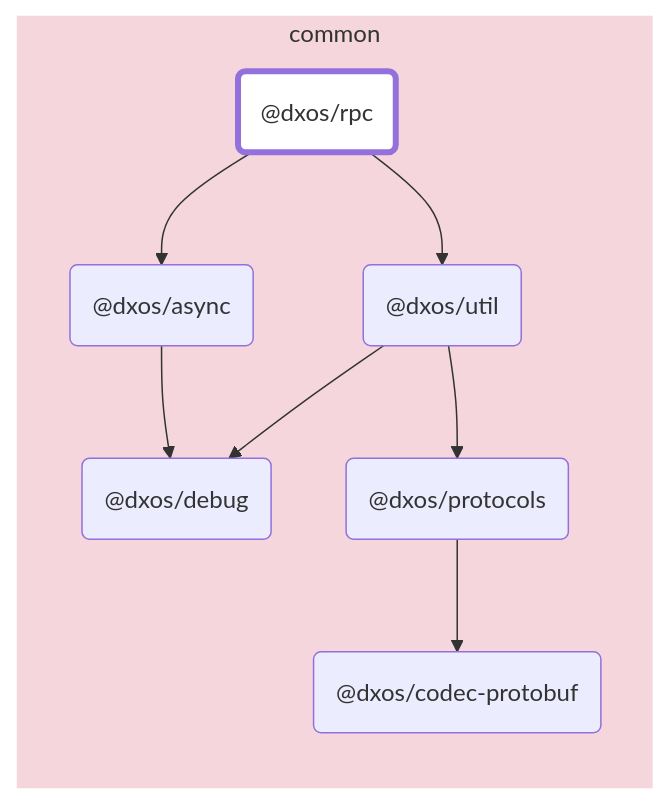
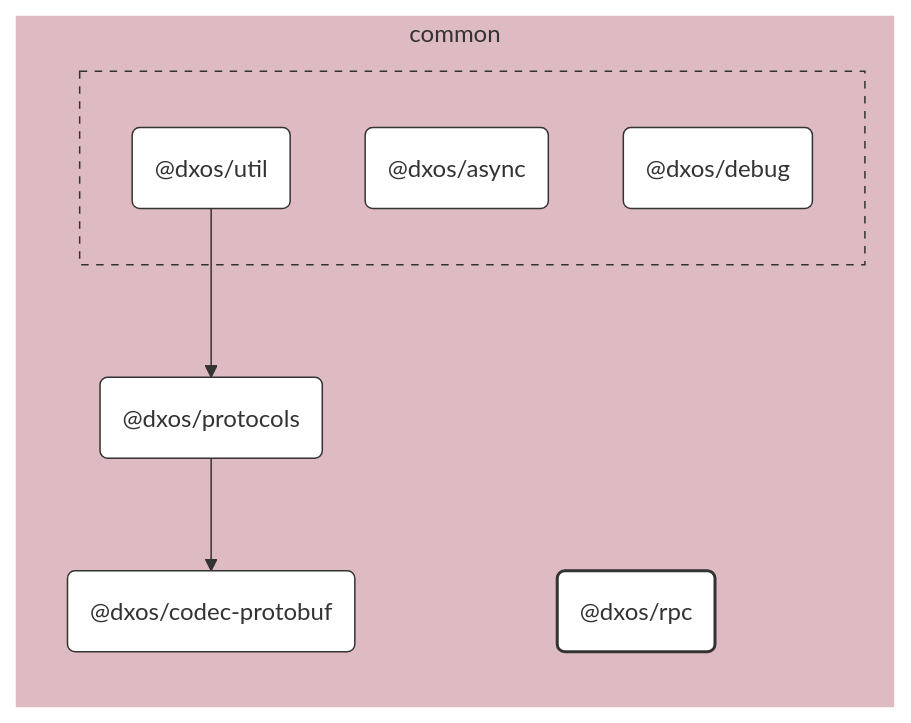
Before and after one commit to dxos/dxos: the diagram in packages/common/rpc/docs/README.md, drawn with Mermaid. The commit also changed 100 other files, not shown here.

````diff
--- a/packages/common/rpc/docs/README.md
+++ b/packages/common/rpc/docs/README.md
@@ -7,28 +7,47 @@
 ```mermaid
-flowchart LR;
+%%{ init: {'flowchart':{'curve':'basis'}} }%%
 
-style dxos/rpc fill:#fff,stroke-width:4px;
+flowchart LR
 
-click dxos/async "https:/github.com/dxos/dxos/tree/main/packages/common/async/docs";
-click dxos/debug "https:/github.com/dxos/dxos/tree/main/packages/common/debug/docs";
-click dxos/codec-protobuf "https:/github.com/dxos/dxos/tree/main/packages/common/codec-protobuf/docs";
-click dxos/protocols "https:/github.com/dxos/dxos/tree/main/packages/common/protocols/docs";
-click dxos/util "https:/github.com/dxos/dxos/tree/main/packages/common/util/docs";
+%% Links
+dxos/protocols --> dxos/codec-protobuf;
+dxos/util --> dxos/protocols;
 
+%% Sections
 subgraph common
-  style common fill:#f5d6dd,stroke:#fff;
-  dxos/rpc("@dxos/rpc");
-  dxos/async("@dxos/async");
-  dxos/debug("@dxos/debug");
-  dxos/codec-protobuf("@dxos/codec-protobuf");
-  dxos/protocols("@dxos/protocols");
-  dxos/util("@dxos/util");
+  style common fill:#debac2,stroke:#fff;
+
+  dxos/codec-protobuf("@dxos/codec-protobuf")
+  dxos/protocols("@dxos/protocols")
+  dxos/rpc("@dxos/rpc")
+
+  subgraph common-excluded [ ]
+    style common-excluded fill:#debac2,stroke:#333,stroke-dasharray:5 5;
+
+    dxos/async("@dxos/async")
+    dxos/debug("@dxos/debug")
+    dxos/util("@dxos/util")
+  end
 end
 
-dxos/rpc --> dxos/async;
-dxos/async --> dxos/debug;
-dxos/protocols --> dxos/codec-protobuf;
-dxos/rpc --> dxos/util;
-dxos/util --> dxos/debug;
-dxos/util --> dxos/protocols;
+
+%% Hyperlinks
+click dxos/async href "https:/github.com/dxos/dxos/tree/main/packages/common/async/docs";
+click dxos/codec-protobuf href "https:/github.com/dxos/dxos/tree/main/packages/common/codec-protobuf/docs";
+click dxos/debug href "https:/github.com/dxos/dxos/tree/main/packages/common/debug/docs";
+click dxos/protocols href "https:/github.com/dxos/dxos/tree/main/packages/common/protocols/docs";
+click dxos/util href "https:/github.com/dxos/dxos/tree/main/packages/common/util/docs";
+
+%% Styles
+classDef rootNode fill:#fff,stroke:#333,stroke-width:2px
+classDef defaultNode fill:#fff,stroke:#333,stroke-width:1px
+linkStyle default stroke:#333,stroke-width:1px
+
+dxos/rpc:::rootNode
+
+dxos/async:::defaultNode
+dxos/codec-protobuf:::defaultNode
+dxos/debug:::defaultNode
+dxos/protocols:::defaultNode
+dxos/util:::defaultNode
 ```
````
